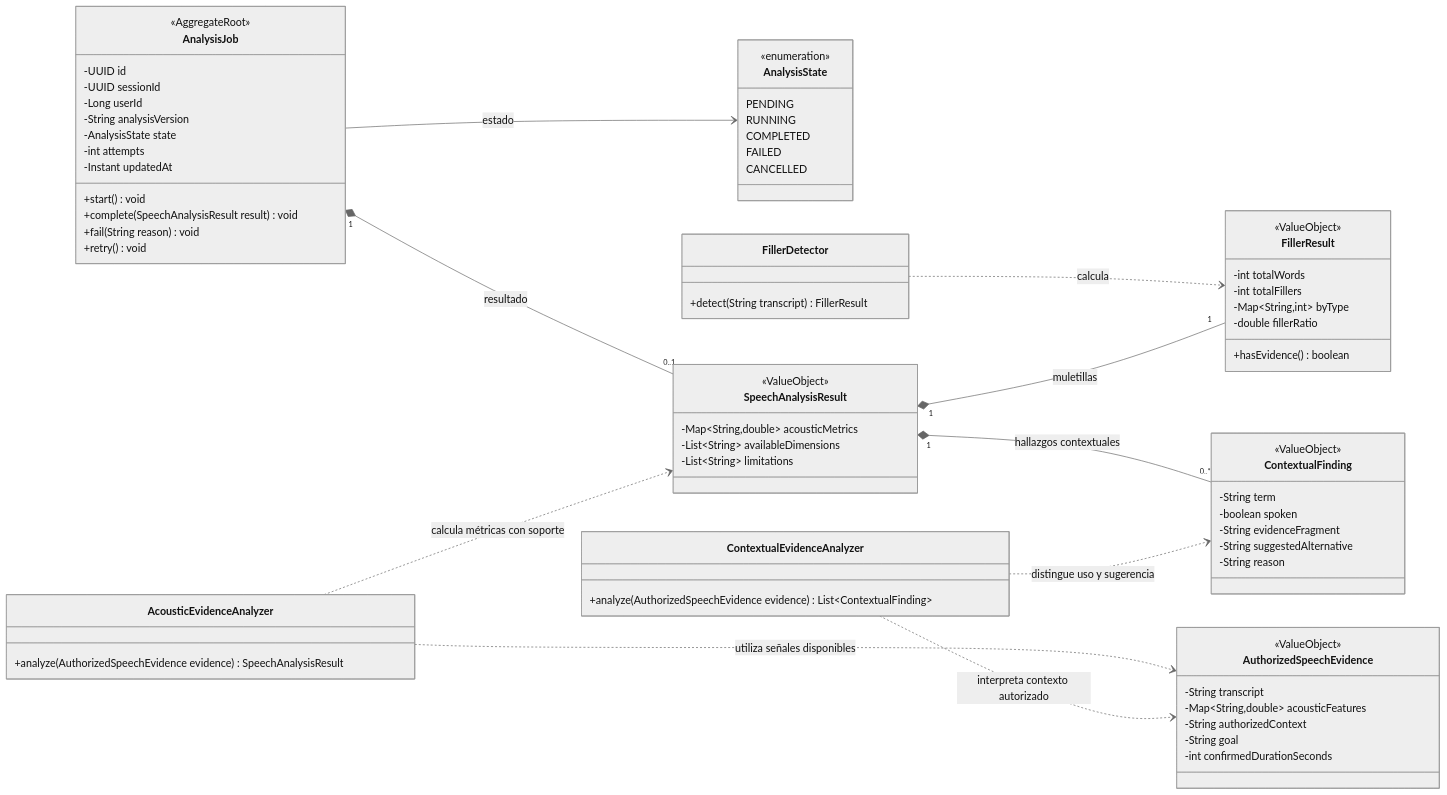
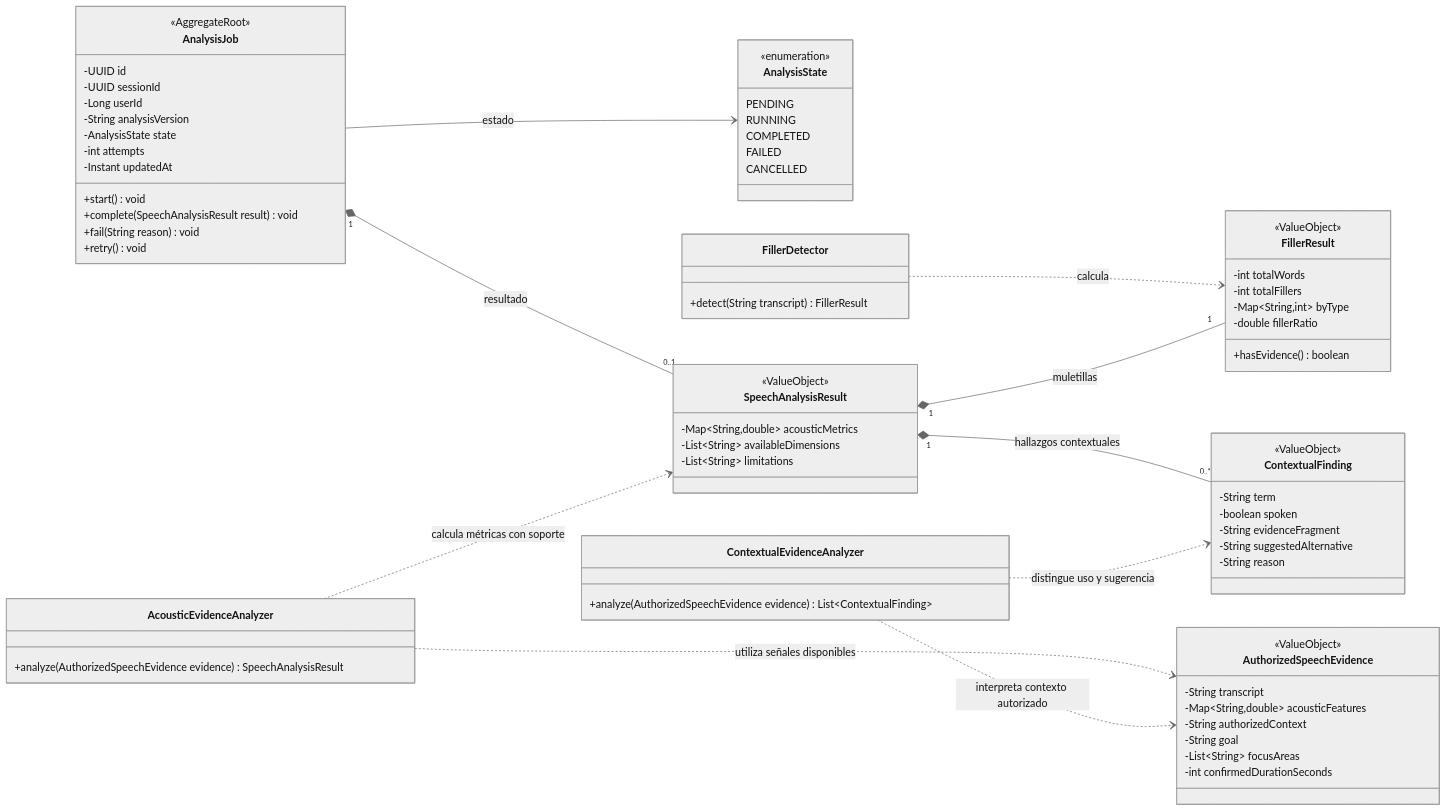
One commit to upc-pre-202620-si728-16365-thropic/talki-project-report changed the diagram in assets/diagrams/tactical/02-speech-analysis-classes.mmd. Above: the diagram before and after it, drawn with Mermaid (neutral theme). The commit also changed 23 other files, not shown here.

```diff
--- a/assets/diagrams/tactical/02-speech-analysis-classes.mmd
+++ b/assets/diagrams/tactical/02-speech-analysis-classes.mmd
@@ -1,72 +1,73 @@
 classDiagram
  direction LR
 class AnalysisJob {
   <<AggregateRoot>>
   -UUID id
   -UUID sessionId
   -Long userId
   -String analysisVersion
   -AnalysisState state
   -int attempts
   -Instant updatedAt
   +start() void
   +complete(SpeechAnalysisResult result) void
   +fail(String reason) void
   +retry() void
 }
 class AnalysisState {
   <<enumeration>>
   PENDING
   RUNNING
   COMPLETED
   FAILED
   CANCELLED
 }
 class FillerDetector {
   +detect(String transcript) FillerResult
 }
 class FillerResult {
   <<ValueObject>>
   -int totalWords
   -int totalFillers
   -Map~String,int~ byType
   -double fillerRatio
   +hasEvidence() boolean
 }
 AnalysisJob --> AnalysisState : estado
 AnalysisJob "1" *-- "0..1" SpeechAnalysisResult : resultado
 FillerDetector ..> FillerResult : calcula
 class AuthorizedSpeechEvidence {
   <<ValueObject>>
   -String transcript
   -Map~String,double~ acousticFeatures
   -String authorizedContext
   -String goal
+  -List~String~ focusAreas
   -int confirmedDurationSeconds
 }
 class SpeechAnalysisResult {
   <<ValueObject>>
   -Map~String,double~ acousticMetrics
   -List~String~ availableDimensions
   -List~String~ limitations
 }
 class ContextualFinding {
   <<ValueObject>>
   -String term
   -boolean spoken
   -String evidenceFragment
   -String suggestedAlternative
   -String reason
 }
 class AcousticEvidenceAnalyzer {
   +analyze(AuthorizedSpeechEvidence evidence) SpeechAnalysisResult
 }
 class ContextualEvidenceAnalyzer {
   +analyze(AuthorizedSpeechEvidence evidence) List~ContextualFinding~
 }
 SpeechAnalysisResult "1" *-- "1" FillerResult : muletillas
 SpeechAnalysisResult "1" *-- "0..*" ContextualFinding : hallazgos contextuales
 AcousticEvidenceAnalyzer ..> AuthorizedSpeechEvidence : utiliza señales disponibles
 AcousticEvidenceAnalyzer ..> SpeechAnalysisResult : calcula métricas con soporte
 ContextualEvidenceAnalyzer ..> AuthorizedSpeechEvidence : interpreta contexto autorizado
 ContextualEvidenceAnalyzer ..> ContextualFinding : distingue uso y sugerencia
```
